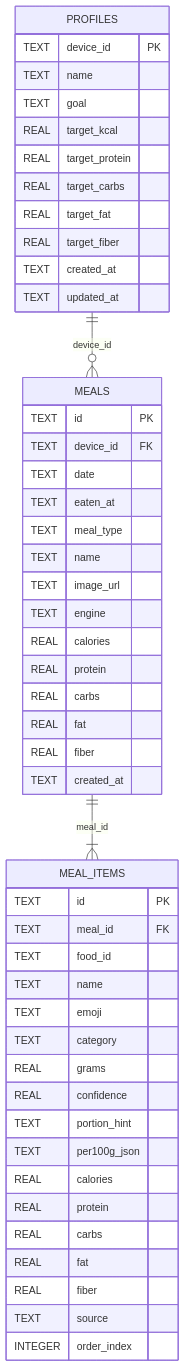
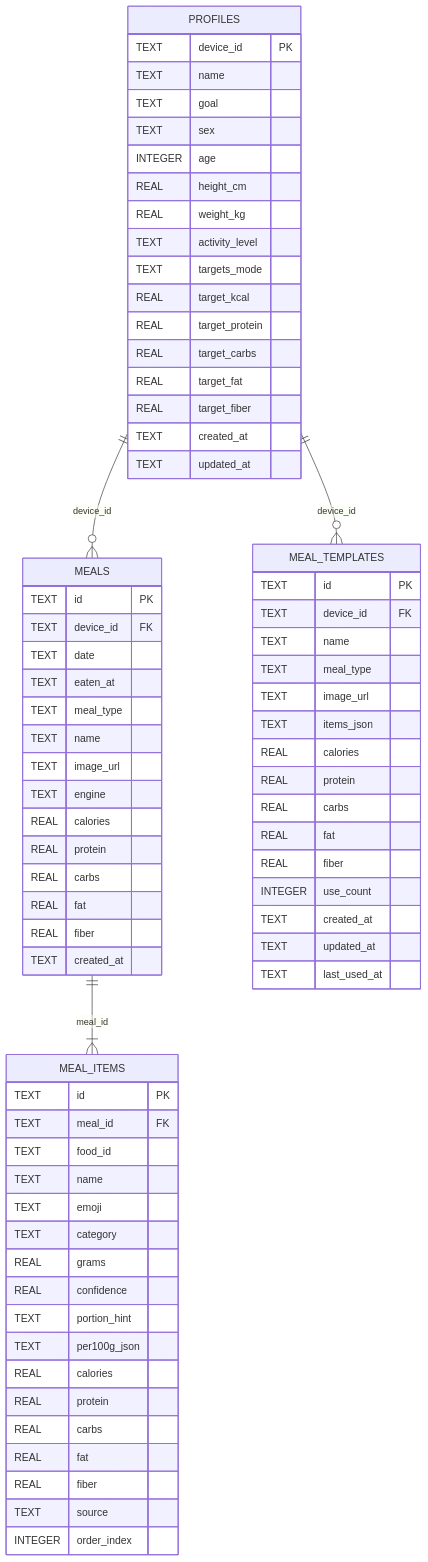
The fourth of 4 diagrams in docs/ARCHITECTURE.md (6xuwei-ad/keep-fit), drawn with Mermaid before and after one commit. The commit also changed other lines of this file and 24 other files, not shown here.

````diff
--- a/docs/ARCHITECTURE.md
+++ b/docs/ARCHITECTURE.md
@@ -527,55 +551,80 @@
 ```mermaid
 erDiagram
   PROFILES ||--o{ MEALS : "device_id"
+  PROFILES ||--o{ MEAL_TEMPLATES : "device_id"
   MEALS ||--|{ MEAL_ITEMS : "meal_id"
 
   PROFILES {
     TEXT device_id PK
     TEXT name
     TEXT goal
+    TEXT sex
+    INTEGER age
+    REAL height_cm
+    REAL weight_kg
+    TEXT activity_level
+    TEXT targets_mode
     REAL target_kcal
     REAL target_protein
     REAL target_carbs
     REAL target_fat
     REAL target_fiber
     TEXT created_at
     TEXT updated_at
   }
 
   MEALS {
     TEXT id PK
     TEXT device_id FK
     TEXT date
     TEXT eaten_at
     TEXT meal_type
     TEXT name
     TEXT image_url
     TEXT engine
     REAL calories
     REAL protein
     REAL carbs
     REAL fat
     REAL fiber
     TEXT created_at
   }
 
   MEAL_ITEMS {
     TEXT id PK
     TEXT meal_id FK
     TEXT food_id
     TEXT name
     TEXT emoji
     TEXT category
     REAL grams
     REAL confidence
     TEXT portion_hint
     TEXT per100g_json
     REAL calories
     REAL protein
     REAL carbs
     REAL fat
     REAL fiber
     TEXT source
     INTEGER order_index
   }
+
+  MEAL_TEMPLATES {
+    TEXT id PK
+    TEXT device_id FK
+    TEXT name
+    TEXT meal_type
+    TEXT image_url
+    TEXT items_json
+    REAL calories
+    REAL protein
+    REAL carbs
+    REAL fat
+    REAL fiber
+    INTEGER use_count
+    TEXT created_at
+    TEXT updated_at
+    TEXT last_used_at
+  }
 ```
````
